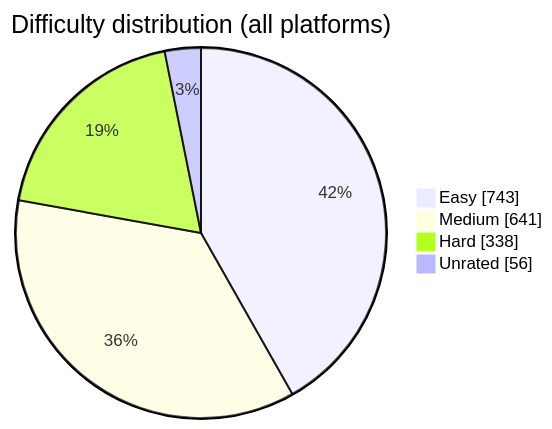
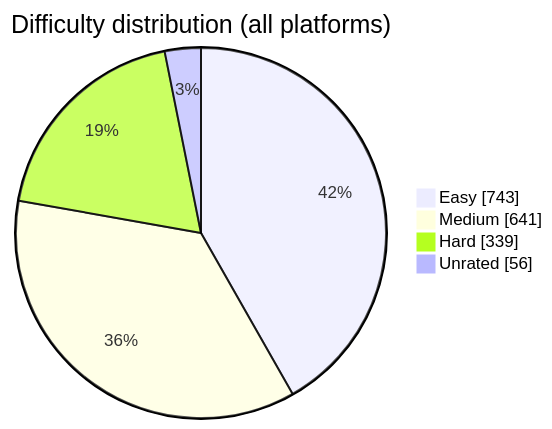
One commit to BuildbyArindam/Daily-Coding-Log changed the diagram in README.md. Above: the diagram before and after it, drawn with Mermaid. The commit also changed other lines of this file, not shown here.

````diff
--- a/README.md
+++ b/README.md
@@ -108,7 +108,7 @@
 ```mermaid
 pie showData title Difficulty distribution (all platforms)
     "Easy" : 743
     "Medium" : 641
-    "Hard" : 338
+    "Hard" : 339
     "Unrated" : 56
 ```
````
